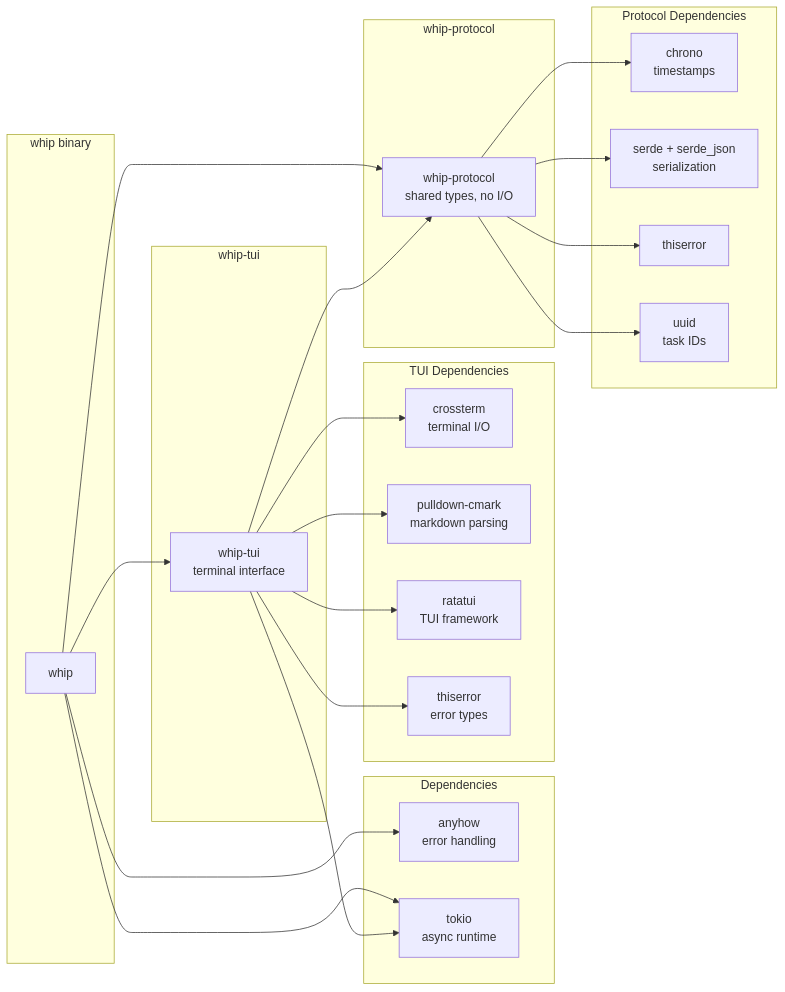
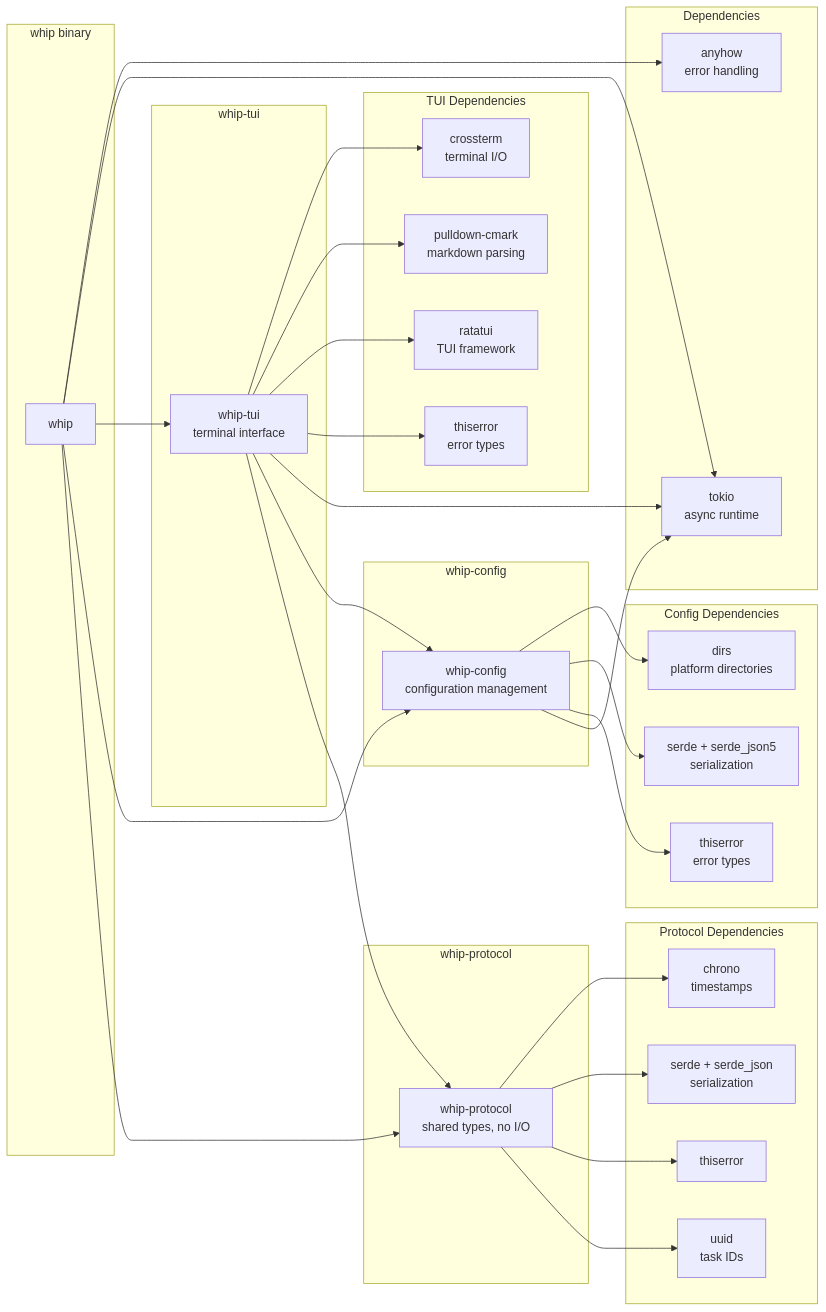
One commit to RomainMuller/whip changed the second of 4 diagrams in ARCHITECTURE.md. Above: the diagram before and after it, drawn with Mermaid. The commit also changed other lines of this file and 31 other files, not shown here.

First line of the commit message:
feat(tui): add settings panel with configuration persistence (#13)

````diff
--- a/ARCHITECTURE.md
+++ b/ARCHITECTURE.md
@@ -28,50 +29,67 @@
 ```mermaid
 flowchart LR
     subgraph binary[whip binary]
         whip
     end
 
     subgraph deps_whip[Dependencies]
         anyhow[anyhow<br/>error handling]
         tokio[tokio<br/>async runtime]
     end
 
     subgraph tui_crate[whip-tui]
         tui[whip-tui<br/>terminal interface]
     end
 
     subgraph deps_tui[TUI Dependencies]
         crossterm[crossterm<br/>terminal I/O]
         pulldown[pulldown-cmark<br/>markdown parsing]
         ratatui[ratatui<br/>TUI framework]
         thiserror_tui[thiserror<br/>error types]
     end
 
+    subgraph config_crate[whip-config]
+        config[whip-config<br/>configuration management]
+    end
+
+    subgraph deps_config[Config Dependencies]
+        dirs[dirs<br/>platform directories]
+        serde_config[serde + serde_json5<br/>serialization]
+        thiserror_config[thiserror<br/>error types]
+    end
+
     subgraph protocol_crate[whip-protocol]
         protocol[whip-protocol<br/>shared types, no I/O]
     end
 
     subgraph deps_protocol[Protocol Dependencies]
         chrono[chrono<br/>timestamps]
         serde[serde + serde_json<br/>serialization]
         thiserror[thiserror]
         uuid[uuid<br/>task IDs]
     end
 
     whip --> anyhow
     whip --> tokio
     whip --> tui
+    whip --> config
     whip --> protocol
 
     tui --> crossterm
     tui --> pulldown
     tui --> ratatui
     tui --> thiserror_tui
     tui --> tokio
+    tui --> config
     tui --> protocol
+
+    config --> dirs
+    config --> serde_config
+    config --> thiserror_config
+    config --> tokio
 
     protocol --> chrono
     protocol --> serde
     protocol --> thiserror
     protocol --> uuid
 ```
````
